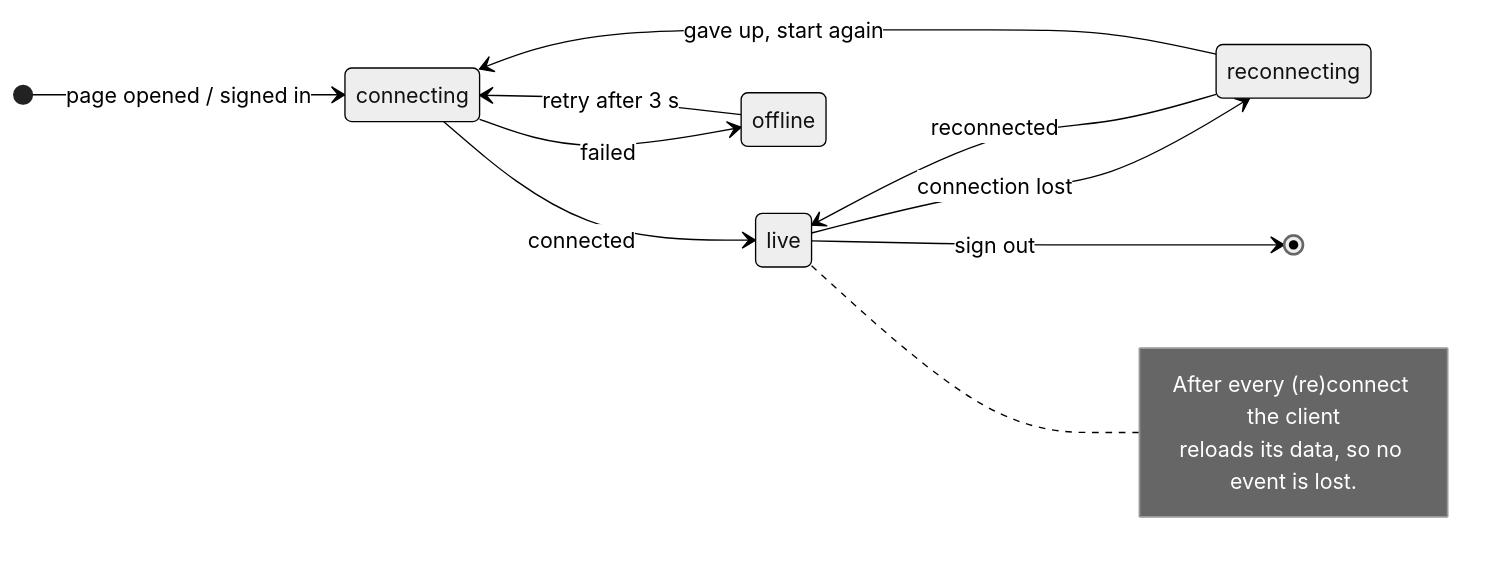
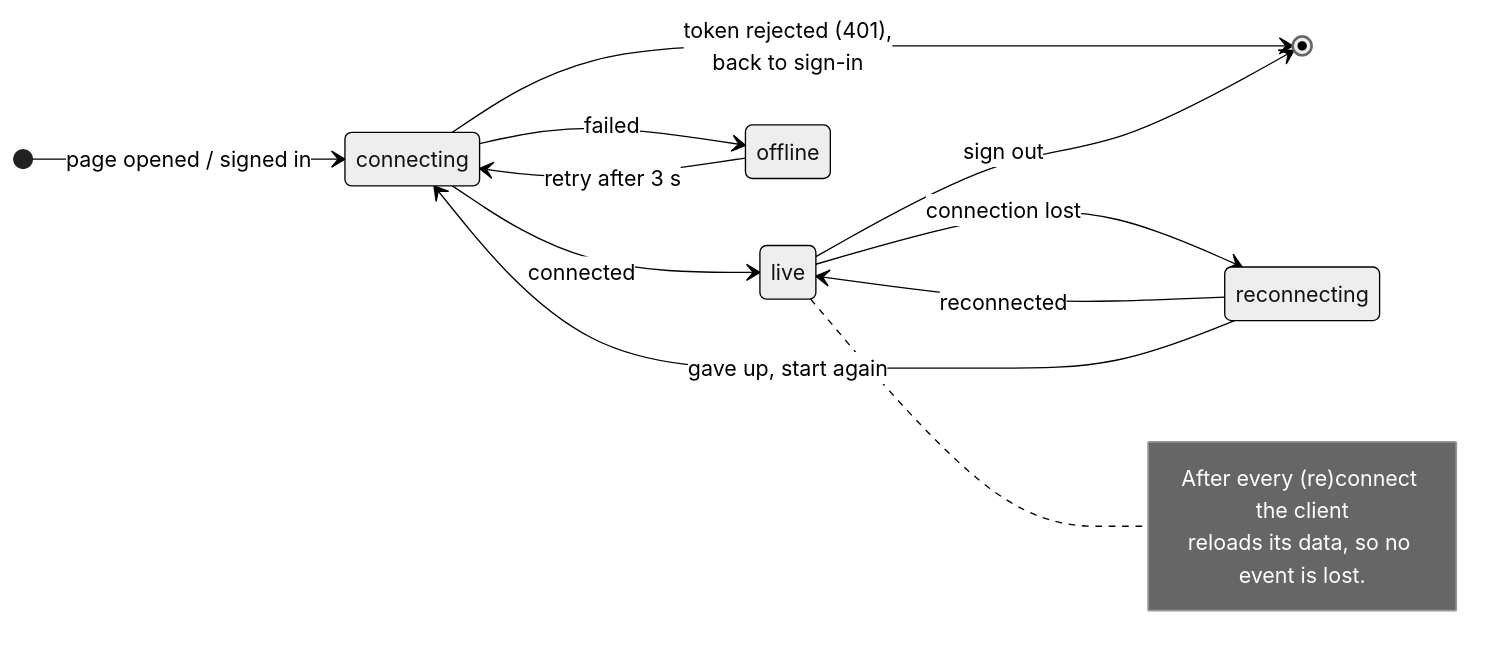
One commit to merictopal/incident-management-system changed the diagram in project/docs/diagrams/12-reconnect.mmd. Above: the diagram before and after it, drawn with Mermaid (neutral theme). The commit also changed 16 other files, not shown here.

Commit message:
Align diagrams with the course diagram rules and the code

```diff
--- a/project/docs/diagrams/12-reconnect.mmd
+++ b/project/docs/diagrams/12-reconnect.mmd
@@ -1,14 +1,15 @@
 stateDiagram-v2
     direction LR
     [*] --> connecting: page opened / signed in
     connecting --> live: connected
     connecting --> offline: failed
     offline --> connecting: retry after 3 s
+    connecting --> [*]: token rejected (401),<br/>back to sign-in
     live --> reconnecting: connection lost
     reconnecting --> live: reconnected
     reconnecting --> connecting: gave up, start again
     live --> [*]: sign out
     note right of live
         After every (re)connect the client
         reloads its data, so no event is lost.
     end note
```
